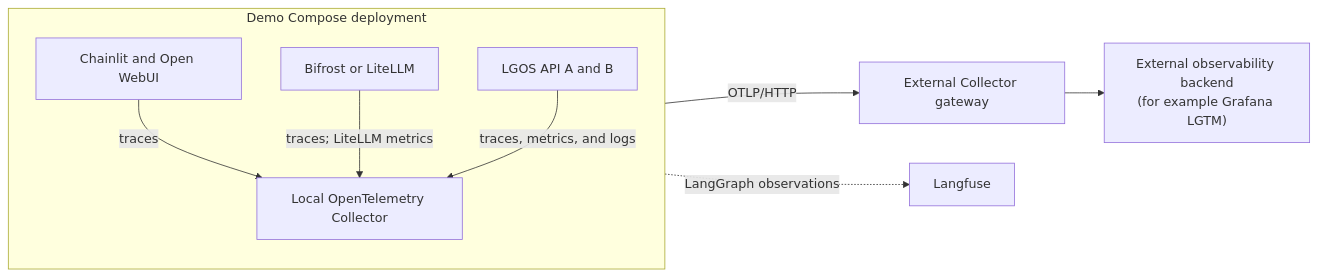
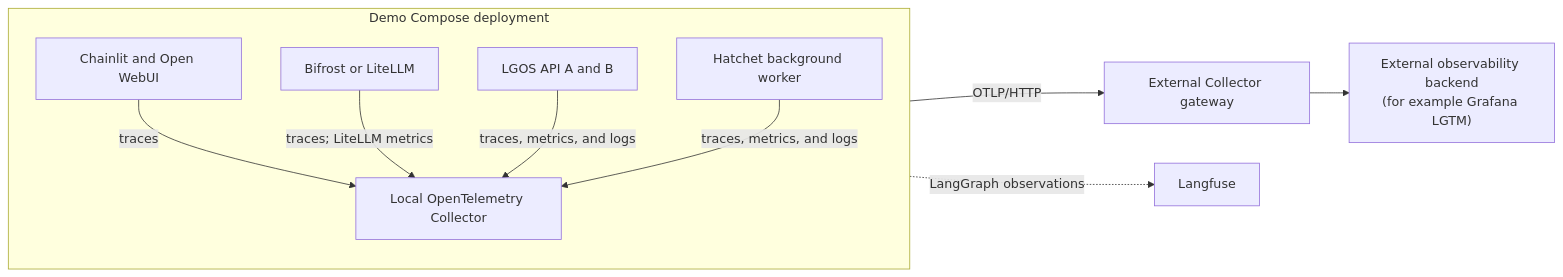
One commit to ilkersigirci/langgraph-openai-serve changed the diagram in docs/demo/opentelemetry.md. Above: the diagram before and after it, drawn with Mermaid. The commit also changed other lines of this file and 142 other files, not shown here.

````diff
--- a/docs/demo/opentelemetry.md
+++ b/docs/demo/opentelemetry.md
@@ -14,18 +14,20 @@
 ```mermaid
 flowchart LR
   subgraph demo["Demo Compose deployment"]
     direction TB
     clients["Chainlit and Open WebUI"]
     gateways["Bifrost or LiteLLM"]
     apis["LGOS API A and B"]
+    worker["Hatchet background worker"]
     collector["Local OpenTelemetry Collector"]
 
     clients -->|"traces"| collector
     gateways -->|"traces; LiteLLM metrics"| collector
     apis -->|"traces, metrics, and logs"| collector
+    worker -->|"traces, metrics, and logs"| collector
   end
 
   collector -->|"OTLP/HTTP"| gateway["External Collector gateway"]
   gateway --> backend["External observability backend<br/>(for example Grafana LGTM)"]
   apis -.->|"LangGraph observations"| langfuse["Langfuse"]
 ```
````
